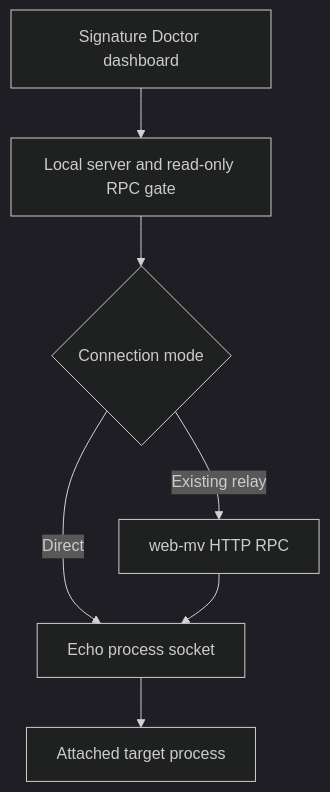
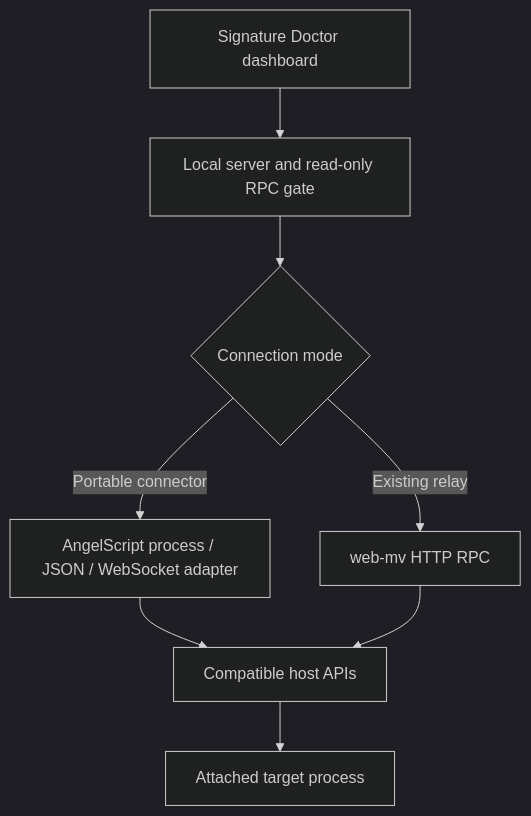
The second of 2 diagrams in README.md (b4rzY/Signature-Doctor), drawn with Mermaid (dark theme) before and after one commit. The commit also changed other lines of this file, not shown here.

First line of the commit message:
Revise README for AngelScript compatibility

````diff
--- a/README.md
+++ b/README.md
@@ -143,9 +145,10 @@
 ```mermaid
 flowchart TD
     UI["Signature Doctor dashboard"] --> CORE["Local server and read-only RPC gate"]
     CORE --> MODE{"Connection mode"}
-    MODE -->|"Direct"| SOCKET["Echo process socket"]
+    MODE -->|"Portable connector"| AS["AngelScript process / JSON / WebSocket adapter"]
     MODE -->|"Existing relay"| MV["web-mv HTTP RPC"]
-    MV --> SOCKET
-    SOCKET --> TARGET["Attached target process"]
+    AS --> HOST["Compatible host APIs"]
+    MV --> HOST
+    HOST --> TARGET["Attached target process"]
 ```
````
